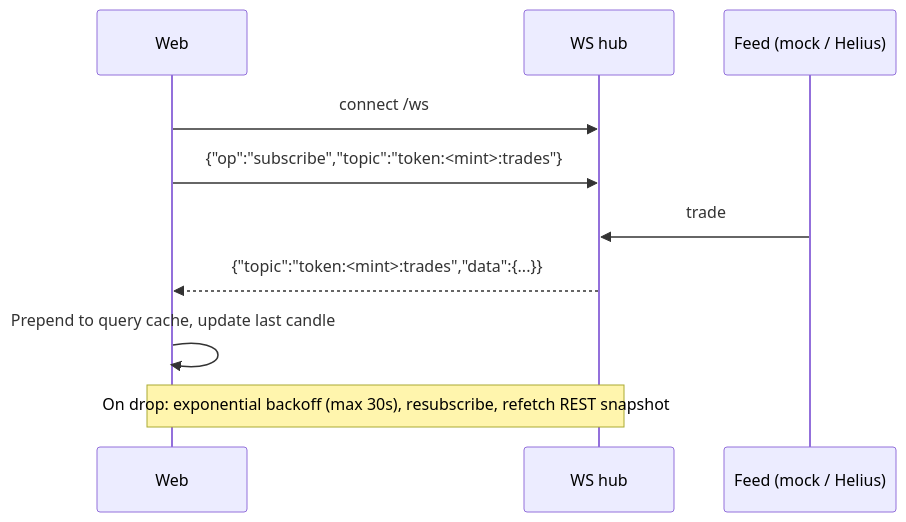
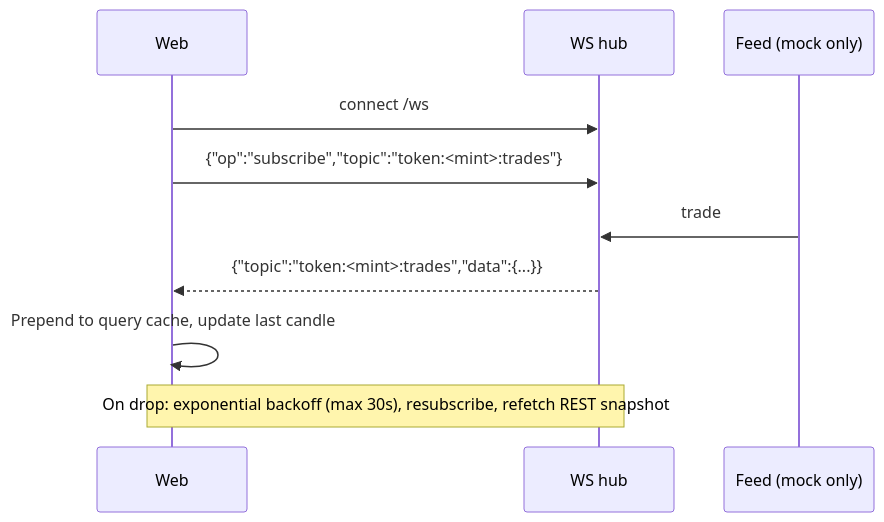
One commit to jog01/agele changed the sixth of 6 diagrams in docs/flows.md. Above: the diagram before and after it, drawn with Mermaid. The commit also changed other lines of this file and 2 other files, not shown here.

Commit message:
docs(market-data): diagram REST and WebSocket data flows

````diff
--- a/docs/flows.md
+++ b/docs/flows.md
@@ -71,12 +136,12 @@
 ```mermaid
 sequenceDiagram
   participant W as Web
   participant H as WS hub
-  participant F as Feed (mock / Helius)
+  participant F as Feed (mock only)
   W->>H: connect /ws
   W->>H: {"op":"subscribe","topic":"token:<mint>:trades"}
   F->>H: trade
   H-->>W: {"topic":"token:<mint>:trades","data":{...}}
   W->>W: Prepend to query cache, update last candle
   Note over W,H: On drop: exponential backoff (max 30s), resubscribe, refetch REST snapshot
 ```
````
